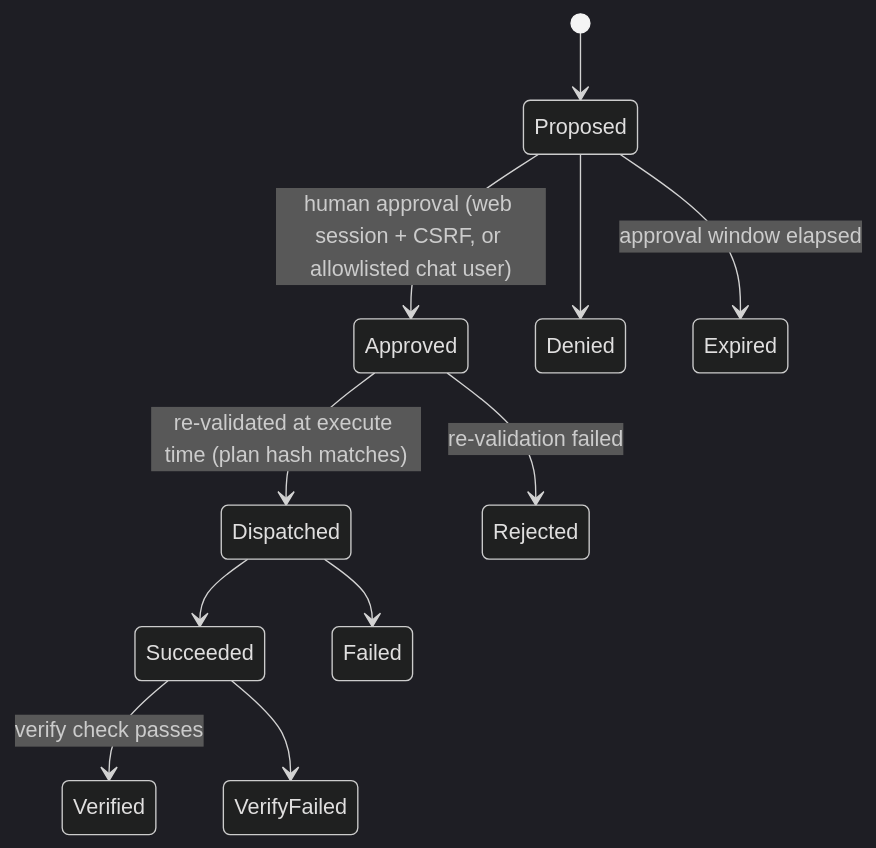
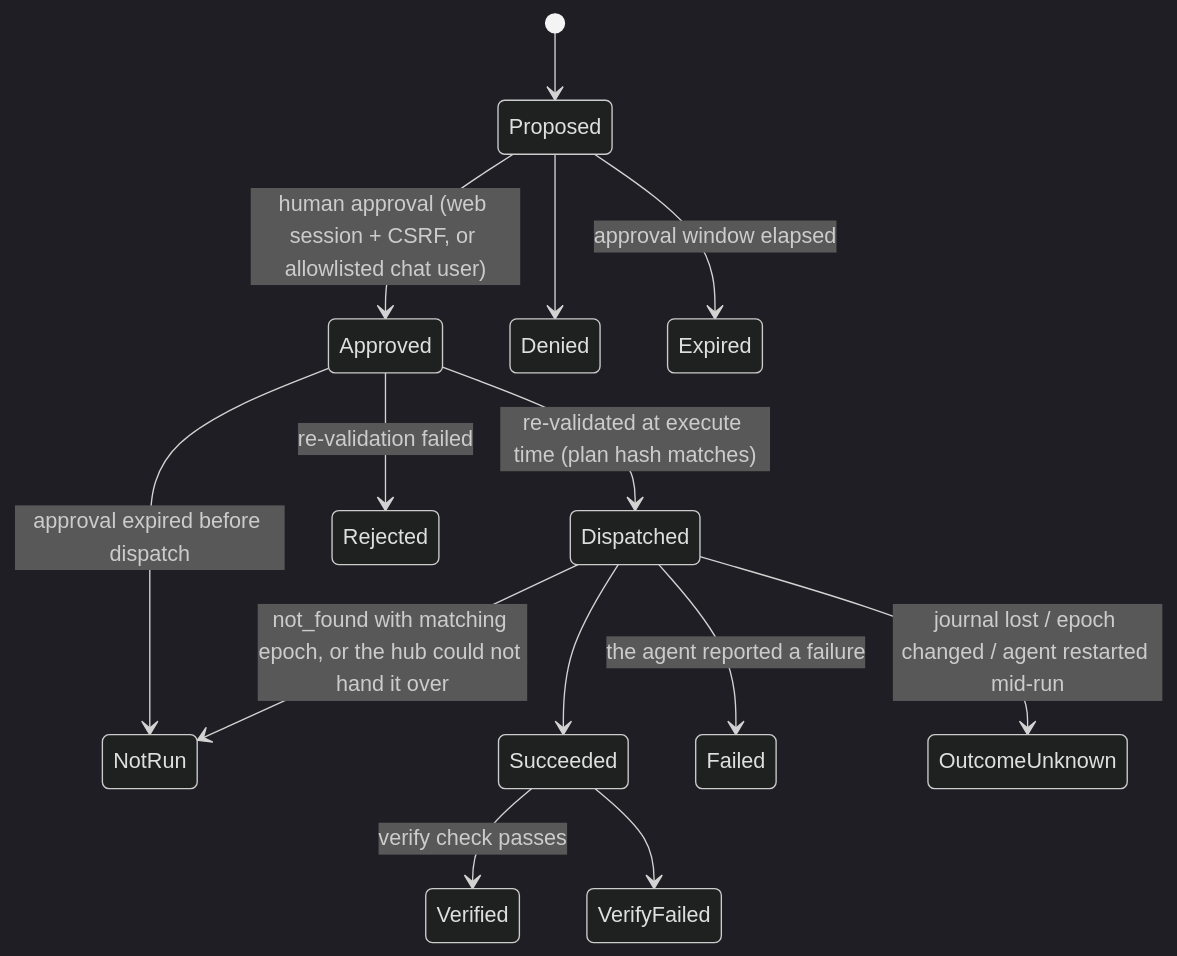
The fourth of 5 diagrams in ARCHITECTURE.md (RoastSlav/domovoi), drawn with Mermaid (dark theme) before and after one commit. The commit also changed 69 other files, not shown here.

Commit message:
feat(engine): reconcile dispatched runs against the agent journal (#140)

````diff
--- a/ARCHITECTURE.md
+++ b/ARCHITECTURE.md
@@ -162,13 +162,16 @@
 ```mermaid
 stateDiagram-v2
   [*] --> Proposed
   Proposed --> Approved: human approval (web session + CSRF, or allowlisted chat user)
   Proposed --> Denied
   Proposed --> Expired: approval window elapsed
   Approved --> Dispatched: re-validated at execute time (plan hash matches)
   Approved --> Rejected: re-validation failed
+  Approved --> NotRun: approval expired before dispatch
   Dispatched --> Succeeded
-  Dispatched --> Failed
+  Dispatched --> Failed: the agent reported a failure
+  Dispatched --> OutcomeUnknown: journal lost / epoch changed / agent restarted mid-run
+  Dispatched --> NotRun: not_found with matching epoch, or the hub could not hand it over
   Succeeded --> Verified: verify check passes
   Succeeded --> VerifyFailed
 ```
````
